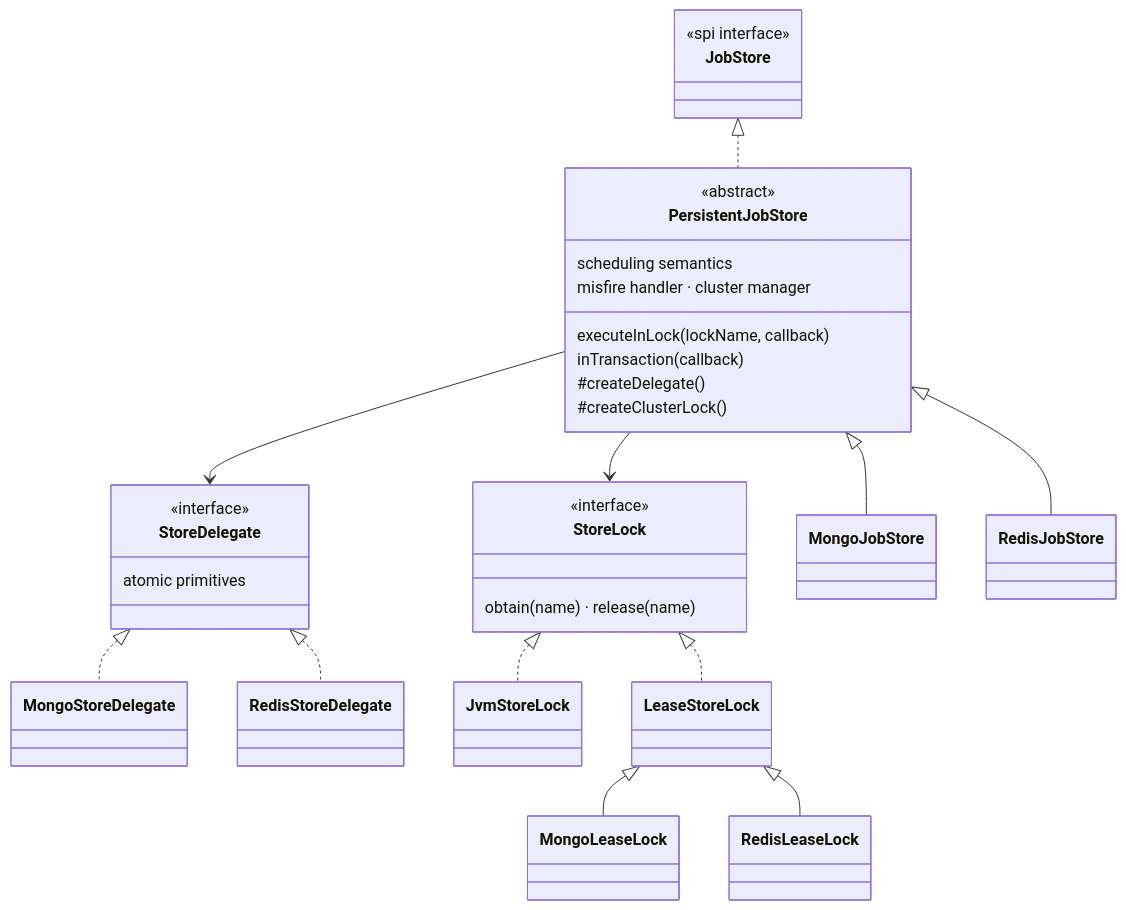
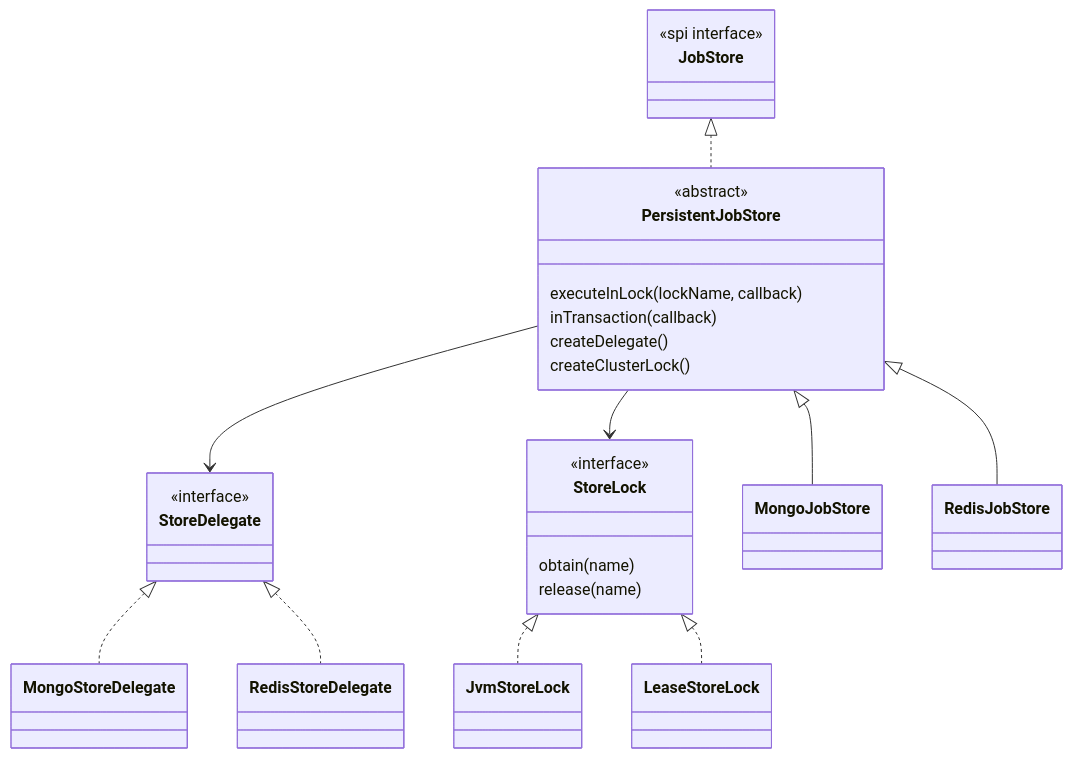
The fourth of 6 diagrams in DEVELOPER_GUIDE.md (officiallysingh/spring-boot-quartz-scheduler), drawn with Mermaid before and after one commit. The commit also changed other lines of this file, not shown here.

````diff
--- a/DEVELOPER_GUIDE.md
+++ b/DEVELOPER_GUIDE.md
@@ -217,34 +229,30 @@
 ```mermaid
 classDiagram
   class JobStore {
     <<spi interface>>
   }
   class PersistentJobStore {
     <<abstract>>
-    scheduling semantics
     executeInLock(lockName, callback)
     inTransaction(callback)
-    misfire handler · cluster manager
-    #createDelegate()
-    #createClusterLock()
+    createDelegate()
+    createClusterLock()
   }
   class StoreDelegate {
     <<interface>>
-    atomic primitives
   }
   class StoreLock {
     <<interface>>
-    obtain(name) · release(name)
+    obtain(name)
+    release(name)
   }
   JobStore <|.. PersistentJobStore
   PersistentJobStore <|-- MongoJobStore
   PersistentJobStore <|-- RedisJobStore
   PersistentJobStore --> StoreDelegate
   PersistentJobStore --> StoreLock
   StoreDelegate <|.. MongoStoreDelegate
   StoreDelegate <|.. RedisStoreDelegate
   StoreLock <|.. JvmStoreLock
   StoreLock <|.. LeaseStoreLock
-  LeaseStoreLock <|-- MongoLeaseLock
-  LeaseStoreLock <|-- RedisLeaseLock
 ```
````
